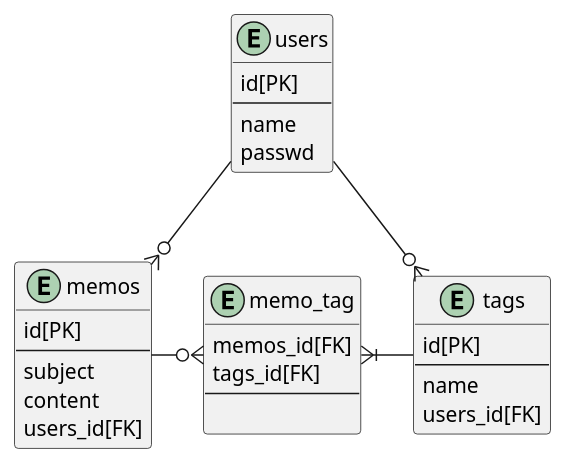
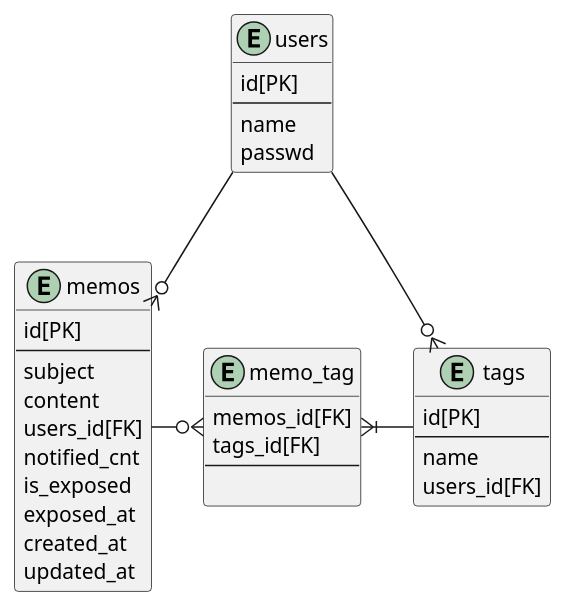
The diagram in arc/db/physical.pu (ddddddO/memo), drawn with PlantUML before and after one commit. The commit also changed 1 other file, not shown here.

```diff
--- a/arc/db/physical.pu
+++ b/arc/db/physical.pu
@@ -1,40 +1,45 @@
 @startuml
 
 ' ENTITYs
 entity "users" as users {
   id[PK]
   --
   name
-  passwd 
+  passwd
 }
 
 entity "memos" as memos {
   id[PK]
   --
   subject
   content
   users_id[FK]
+  notified_cnt
+  is_exposed
+  exposed_at
+  created_at
+  updated_at
 }
 
 entity "memo_tag" as memo_tag {
   memos_id[FK]
   tags_id[FK]
   --
 
 }
 
 entity "tags" as tags {
   id[PK]
   --
   name
   users_id[FK]
 }
 
 
 ' RELATIONs
 users --o{ memos
 memos -o{ memo_tag
 memo_tag }|- tags
 users --o{ tags
 
 @enduml
```
